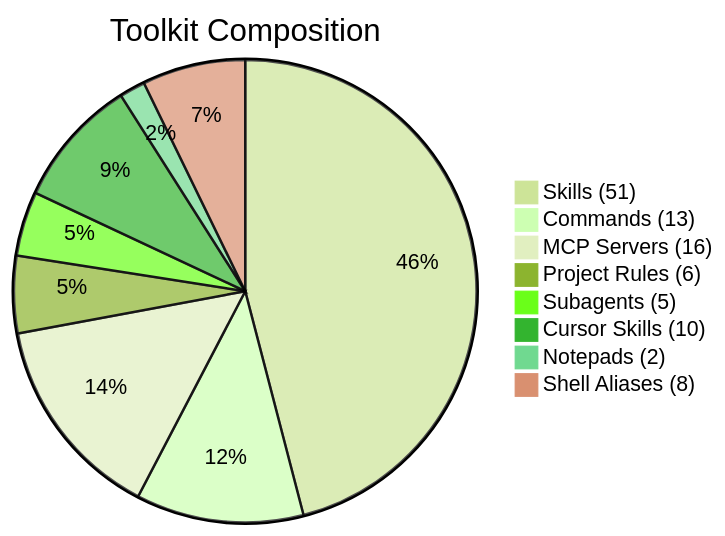
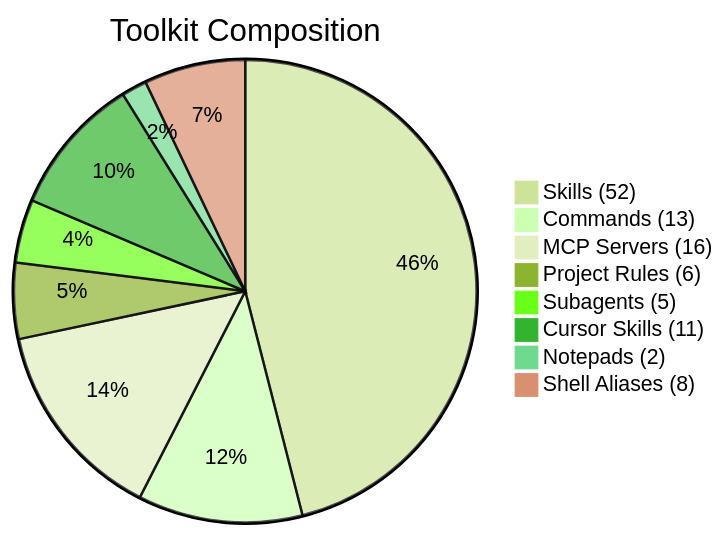
The second of 9 diagrams in README.md (kensaurus/cursor-kenji), drawn with Mermaid (forest theme) before and after one commit. The commit also changed other lines of this file and 29 other files, not shown here.

````diff
--- a/README.md
+++ b/README.md
@@ -105,11 +105,11 @@
 ```mermaid
 pie title Toolkit Composition
-    "Skills (51)" : 51
+    "Skills (52)" : 52
     "Commands (13)" : 13
     "MCP Servers (16)" : 16
     "Project Rules (6)" : 6
     "Subagents (5)" : 5
-    "Cursor Skills (10)" : 10
+    "Cursor Skills (11)" : 11
     "Notepads (2)" : 2
     "Shell Aliases (8)" : 8
 ```
````
